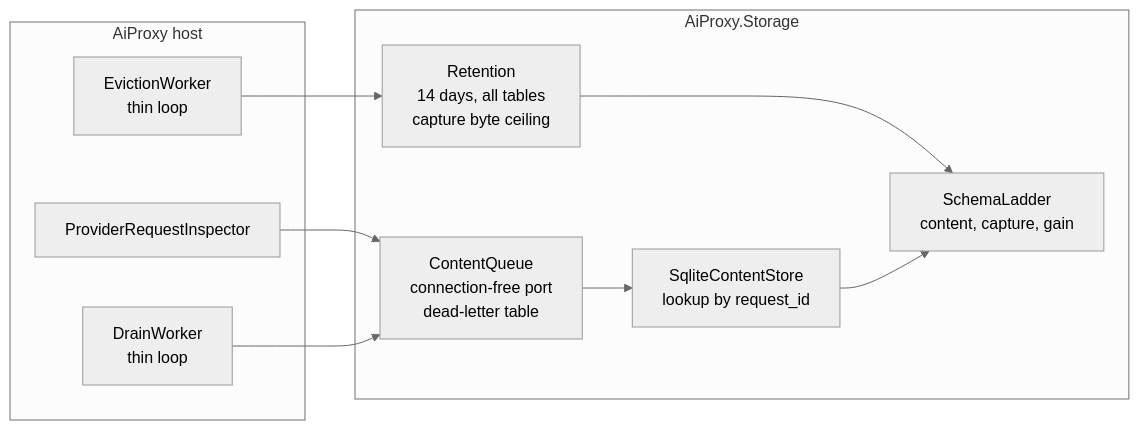
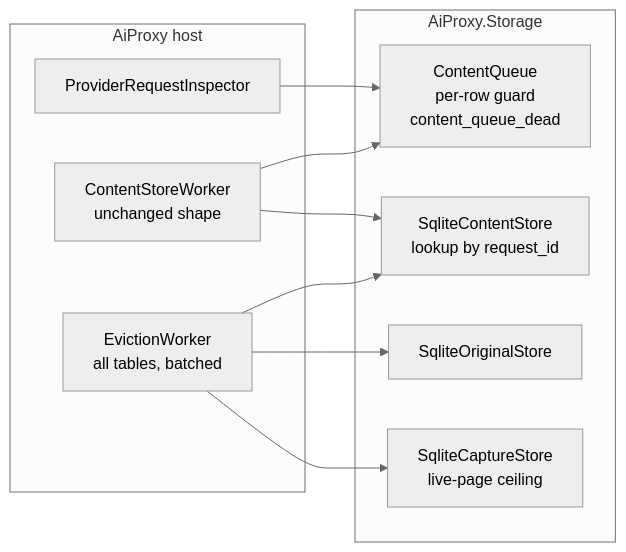
The second of 2 diagrams in docs/work/2026-10-30-project-scope-review-plan.md (Arasz/ai-proxy), drawn with Mermaid (neutral theme) before and after one commit. The commit also changed other lines of this file, not shown here.

First line of the commit message:
docs: plan revision 2 after architect review and gate audit

````diff
--- a/docs/work/2026-10-30-project-scope-review-plan.md
+++ b/docs/work/2026-10-30-project-scope-review-plan.md
@@ -200,20 +272,20 @@
 ```mermaid
 flowchart LR
   subgraph Host[AiProxy host]
     PRI[ProviderRequestInspector]
-    DW[DrainWorker<br/>thin loop]
-    EW[EvictionWorker<br/>thin loop]
+    CSW[ContentStoreWorker<br/>unchanged shape]
+    EW[EvictionWorker<br/>all tables, batched]
   end
   subgraph Storage[AiProxy.Storage]
-    CQ[ContentQueue<br/>connection-free port<br/>dead-letter table]
+    CQ[ContentQueue<br/>per-row guard<br/>content_queue_dead]
     SCS[SqliteContentStore<br/>lookup by request_id]
-    RET[Retention<br/>14 days, all tables<br/>capture byte ceiling]
-    LAD[SchemaLadder<br/>content, capture, gain]
+    SOS[SqliteOriginalStore]
+    CAP[SqliteCaptureStore<br/>live-page ceiling]
   end
   PRI --> CQ
-  DW --> CQ
-  CQ --> SCS
-  EW --> RET
-  RET --> LAD
-  SCS --> LAD
+  CSW --> CQ
+  CSW --> SCS
+  EW --> SOS
+  EW --> SCS
+  EW --> CAP
 ```
````
